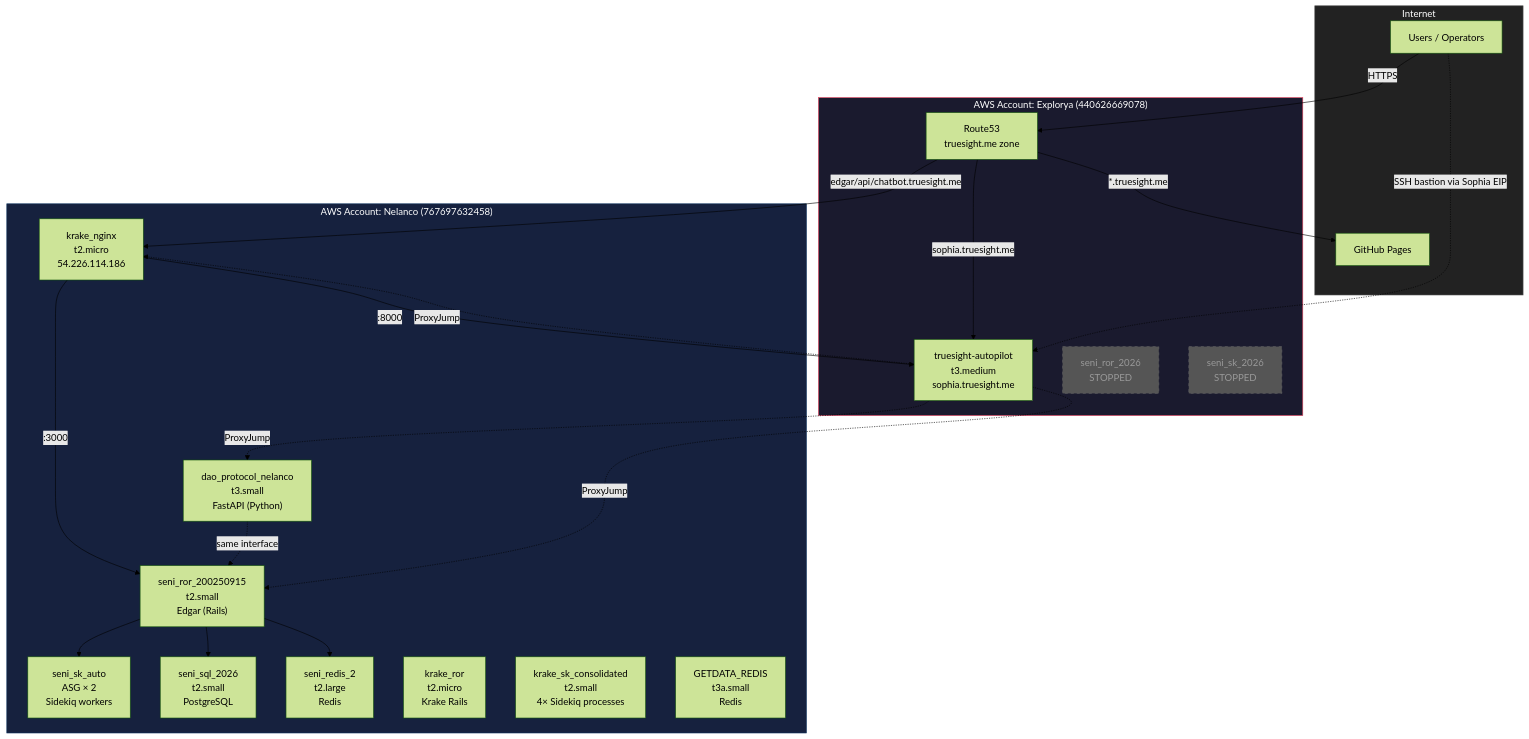
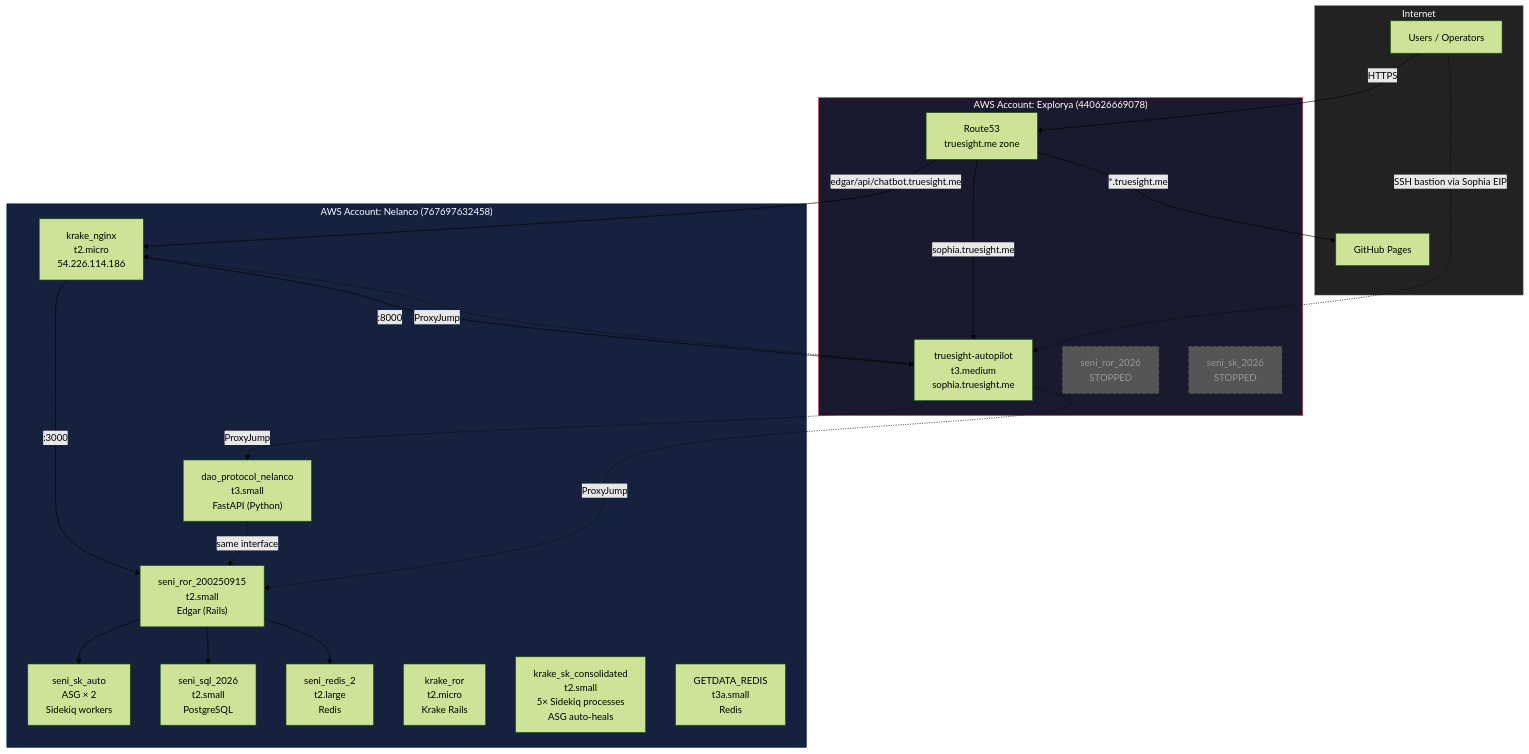
One commit to TrueSightDAO/agentic_ai_context changed the first of 2 diagrams in AWS_DIGITAL_INFRASTRUCTURE.md. Above: the diagram before and after it, drawn with Mermaid (forest theme). The commit also changed other lines of this file, not shown here.

Commit message:
Update infra doc: ASG-managed consolidated box + deployment section

````diff
--- a/AWS_DIGITAL_INFRASTRUCTURE.md
+++ b/AWS_DIGITAL_INFRASTRUCTURE.md
@@ -11,51 +11,51 @@
 ```mermaid
 flowchart TB
     subgraph Internet["Internet"]
         Users["Users / Operators"]
         GitHub["GitHub Pages"]
     end
 
     subgraph Explorya["AWS Account: Explorya (440626669078)"]
         R53["Route53\ntruesight.me zone"]
         Autopilot["truesight-autopilot\nt3.medium\nsophia.truesight.me"]
         OldEdgar["seni_ror_2026\nSTOPPED"]
         OldSK["seni_sk_2026\nSTOPPED"]
     end
 
     subgraph Nelanco["AWS Account: Nelanco (767697632458)"]
         Nginx["krake_nginx\nt2.micro\n54.226.114.186"]
         EdgarRails["seni_ror_200250915\nt2.small\nEdgar (Rails)"]
         DaoProtocol["dao_protocol_nelanco\nt3.small\nFastAPI (Python)"]
         Sidekiq["seni_sk_auto\nASG × 2\nSidekiq workers"]
         Postgres["seni_sql_2026\nt2.small\nPostgreSQL"]
         Redis["seni_redis_2\nt2.large\nRedis"]
         KrakeROR["krake_ror\nt2.micro\nKrake Rails"]
-        KrakeWorkers["krake_sk_consolidated\nt2.small\n4× Sidekiq processes"]
+        KrakeWorkers["krake_sk_consolidated\nt2.small\n5× Sidekiq processes\nASG auto-heals"]
         KrakeRedis["GETDATA_REDIS\nt3a.small\nRedis"]
     end
 
     Users -->|HTTPS| R53
     R53 -->|edgar/api/chatbot.truesight.me| Nginx
     R53 -->|sophia.truesight.me| Autopilot
     R53 -->|*.truesight.me| GitHub
 
     Nginx -->|:3000| EdgarRails
     Nginx -->|:8000| Autopilot
 
     EdgarRails --> Postgres
     EdgarRails --> Redis
     EdgarRails --> Sidekiq
 
     DaoProtocol -.->|same interface| EdgarRails
 
     Users -.->|SSH bastion via Sophia EIP| Autopilot
     Autopilot -.->|ProxyJump| Nginx
     Autopilot -.->|ProxyJump| EdgarRails
     Autopilot -.->|ProxyJump| DaoProtocol
 
     style Explorya fill:#1a1a2e,color:#fff,stroke:#e94560
     style Nelanco fill:#16213e,color:#fff,stroke:#0f3460
     style Internet fill:#222,color:#fff,stroke:#555
     style OldEdgar fill:#555,color:#999,stroke:#666,stroke-dasharray: 5 5
     style OldSK fill:#555,color:#999,stroke:#666,stroke-dasharray: 5 5
 ```
````
